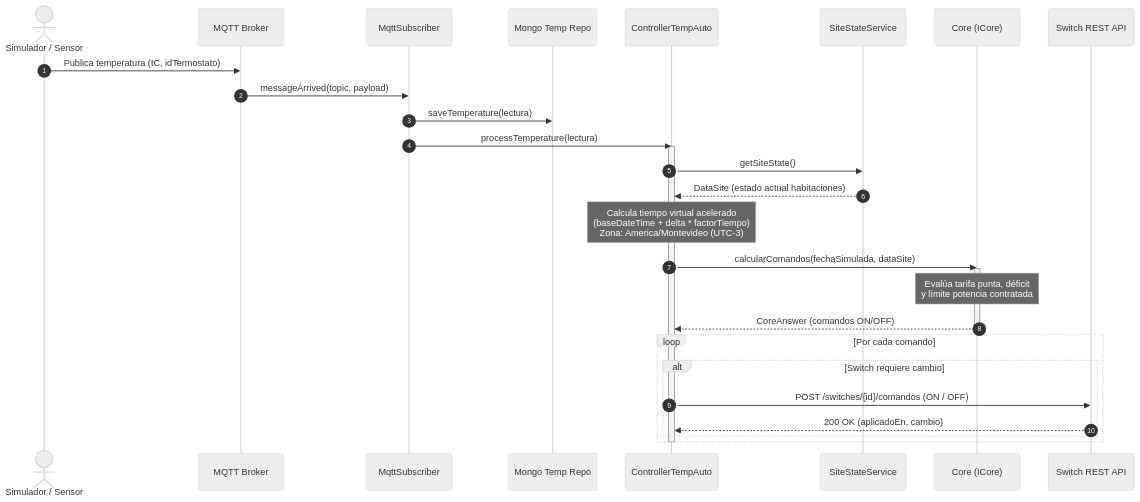
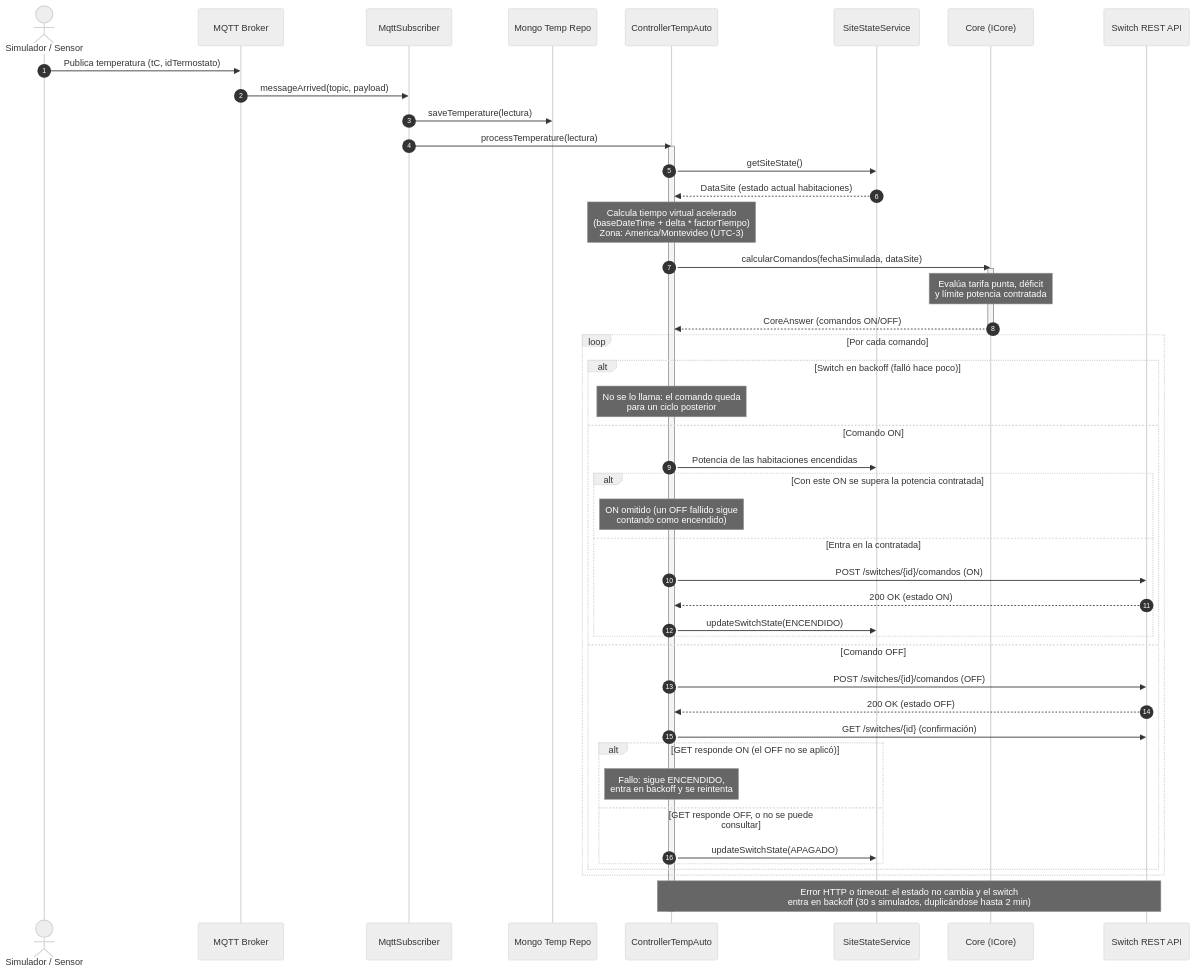
Before and after one commit to walterlarrea/IISS-2026-grupo-2: the second of 6 diagrams in docs/arquitectura/4mas1.md, drawn with Mermaid (neutral theme). The commit also changed other lines of this file and 3 other files, not shown here.

````diff
--- a/docs/arquitectura/4mas1.md
+++ b/docs/arquitectura/4mas1.md
@@ -110,33 +110,51 @@
 ```mermaid
 sequenceDiagram
     autonumber
     actor Sensor as Simulador / Sensor
     participant Broker as MQTT Broker
     participant MqttSub as MqttSubscriber
     participant Repo as Mongo Temp Repo
     participant Engine as ControllerTempAuto
     participant State as SiteStateService
     participant Core as Core (ICore)
     participant Switch as Switch REST API
     Sensor ->> Broker: Publica temperatura (tC, idTermostato)
     Broker ->> MqttSub: messageArrived(topic, payload)
     MqttSub ->> Repo: saveTemperature(lectura)
     MqttSub ->> Engine: processTemperature(lectura)
     activate Engine
     Engine ->> State: getSiteState()
     State -->> Engine: DataSite (estado actual habitaciones)
     Note over Engine: Calcula tiempo virtual acelerado<br/>(baseDateTime + delta * factorTiempo)<br/>Zona: America/Montevideo (UTC-3)
     Engine ->> Core: calcularComandos(fechaSimulada, dataSite)
     activate Core
     Note over Core: Evalúa tarifa punta, déficit<br/>y límite potencia contratada
     Core -->> Engine: CoreAnswer (comandos ON/OFF)
     deactivate Core
 
     loop Por cada comando
-        alt Switch requiere cambio
-            Engine ->> Switch: POST /switches/{id}/comandos (ON / OFF)
-            Switch -->> Engine: 200 OK (aplicadoEn, cambio)
+        alt Switch en backoff (falló hace poco)
+            Note over Engine: No se lo llama: el comando queda<br/>para un ciclo posterior
+        else Comando ON
+            Engine ->> State: Potencia de las habitaciones encendidas
+            alt Con este ON se supera la potencia contratada
+                Note over Engine: ON omitido (un OFF fallido sigue<br/>contando como encendido)
+            else Entra en la contratada
+                Engine ->> Switch: POST /switches/{id}/comandos (ON)
+                Switch -->> Engine: 200 OK (estado ON)
+                Engine ->> State: updateSwitchState(ENCENDIDO)
+            end
+        else Comando OFF
+            Engine ->> Switch: POST /switches/{id}/comandos (OFF)
+            Switch -->> Engine: 200 OK (estado OFF)
+            Engine ->> Switch: GET /switches/{id} (confirmación)
+            alt GET responde ON (el OFF no se aplicó)
+                Note over Engine: Fallo: sigue ENCENDIDO,<br/>entra en backoff y se reintenta
+            else GET responde OFF, o no se puede consultar
+                Engine ->> State: updateSwitchState(APAGADO)
+            end
         end
     end
+    Note over Engine,Switch: Error HTTP o timeout: el estado no cambia y el switch<br/>entra en backoff (30 s simulados, duplicándose hasta 2 min)
     deactivate Engine
 ```
````
